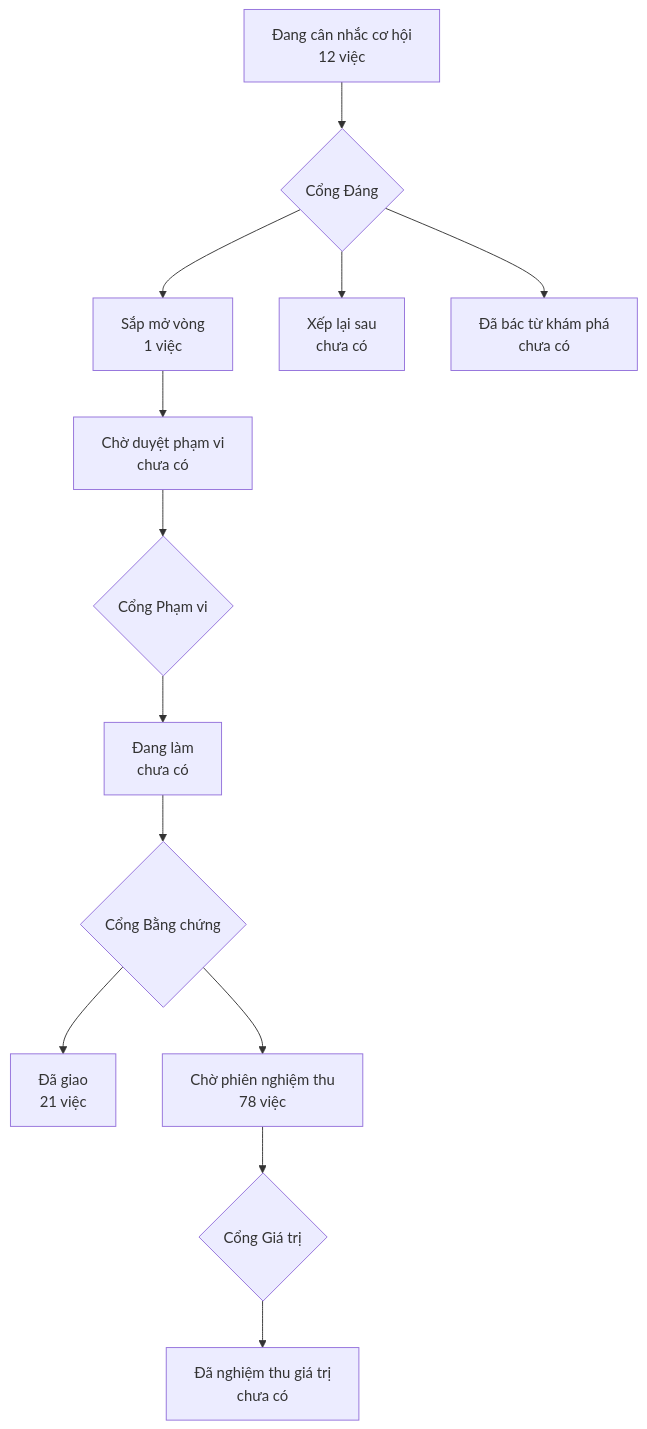
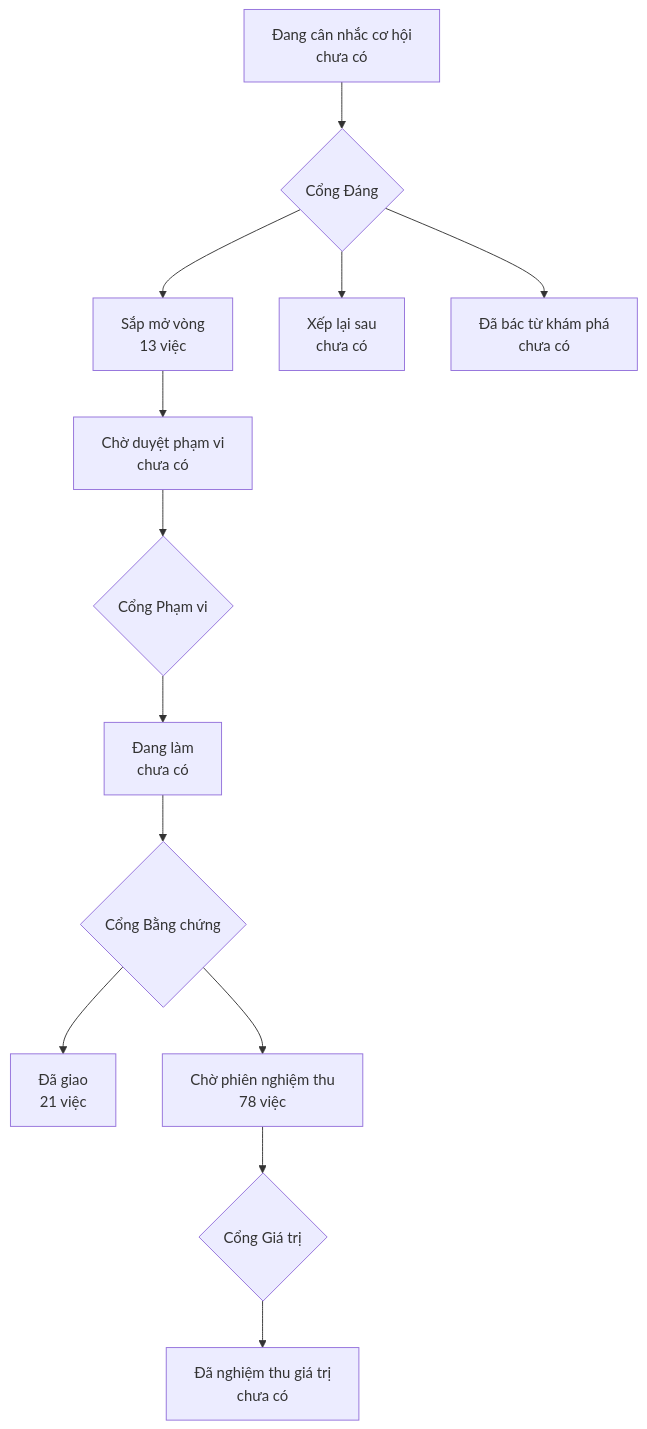
Before and after one commit to phanlemanh/onehub-quy-hang: the diagram in PRODUCT-MAP.md, drawn with Mermaid. The commit also changed other lines of this file and 13 other files, not shown here.

First line of the commit message:
chore(acceptance): 12 hàng — Cổng Đáng: build (Manh Phan)

````diff
--- a/PRODUCT-MAP.md
+++ b/PRODUCT-MAP.md
@@ -7,12 +7,12 @@
 ```mermaid
 flowchart TD
-  A["Đang cân nhắc cơ hội<br/>12 việc"] --> GD{"Cổng Đáng"}
-  GD --> B["Sắp mở vòng<br/>1 việc"]
+  A["Đang cân nhắc cơ hội<br/>chưa có"] --> GD{"Cổng Đáng"}
+  GD --> B["Sắp mở vòng<br/>13 việc"]
   GD --> XL["Xếp lại sau<br/>chưa có"]
   GD --> DB["Đã bác từ khám phá<br/>chưa có"]
   B --> CD["Chờ duyệt phạm vi<br/>chưa có"] --> GP{"Cổng Phạm vi"}
   GP --> DL["Đang làm<br/>chưa có"] --> GB{"Cổng Bằng chứng"}
   GB --> DG["Đã giao<br/>21 việc"]
   GB --> CN["Chờ phiên nghiệm thu<br/>78 việc"] --> GG{"Cổng Giá trị"}
   GG --> NT["Đã nghiệm thu giá trị<br/>chưa có"]
 ```
````
